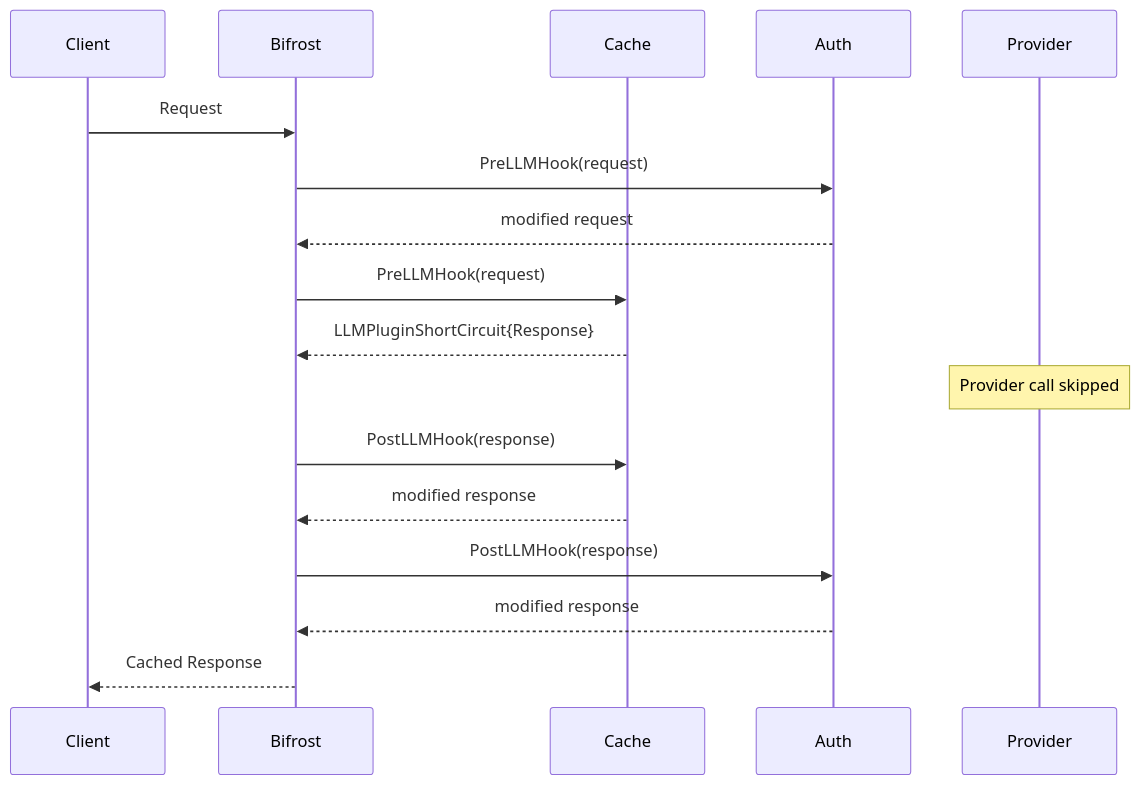
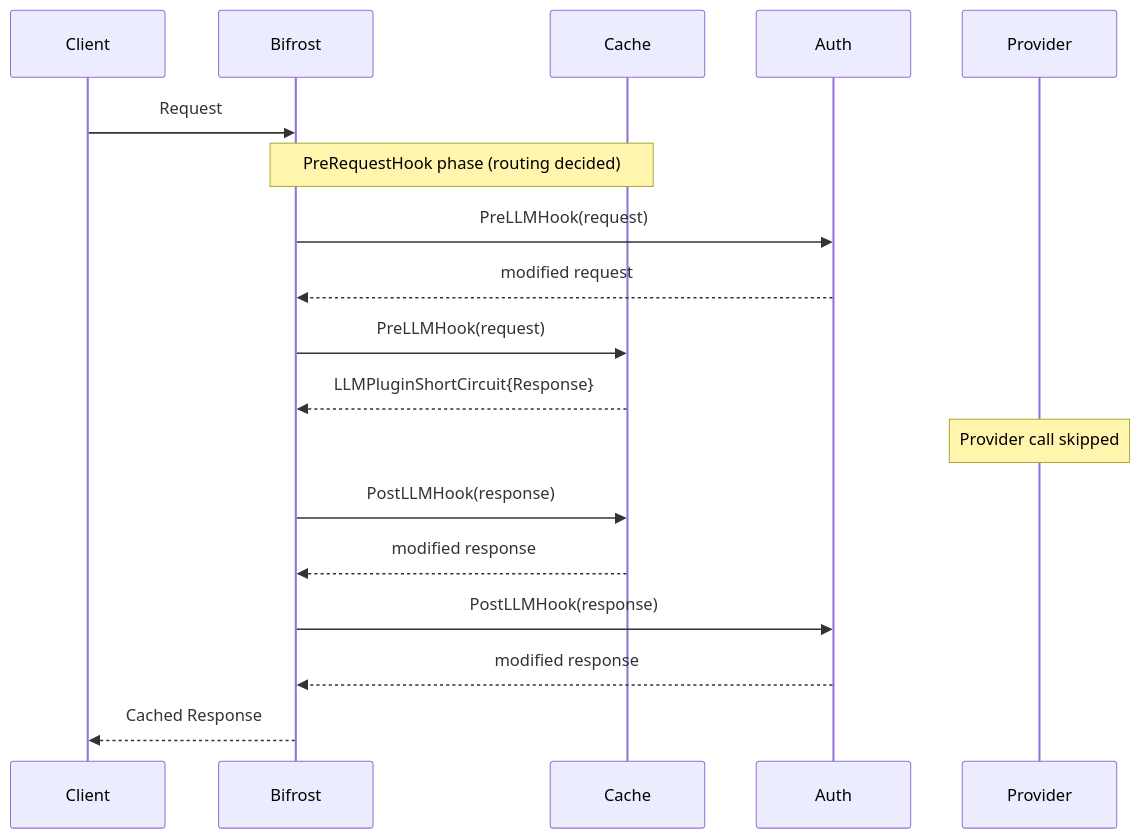
Before and after one commit to akhsaul/bifrost: the fourth of 10 diagrams in docs/architecture/core/plugins.mdx, drawn with Mermaid. The commit also changed other lines of this file and 4 other files, not shown here.

First line of the commit message:
docs: add `PreRequestHook` routing phase to plugin lifecycle and sequencing docs (#4178)

````diff
--- a/docs/architecture/core/plugins.mdx
+++ b/docs/architecture/core/plugins.mdx
@@ -172,20 +192,21 @@
 ```mermaid
 sequenceDiagram
     participant Client
     participant Bifrost
     participant Cache
     participant Auth
     participant Provider
 
     Client->>Bifrost: Request
+    Note over Bifrost,Cache: PreRequestHook phase (routing decided)
     Bifrost->>Auth: PreLLMHook(request)
     Auth-->>Bifrost: modified request
     Bifrost->>Cache: PreLLMHook(request)
     Cache-->>Bifrost: LLMPluginShortCircuit{Response}
     Note over Provider: Provider call skipped
     Bifrost->>Cache: PostLLMHook(response)
     Cache-->>Bifrost: modified response
     Bifrost->>Auth: PostLLMHook(response)
     Auth-->>Bifrost: modified response
     Bifrost-->>Client: Cached Response
 ```
````
